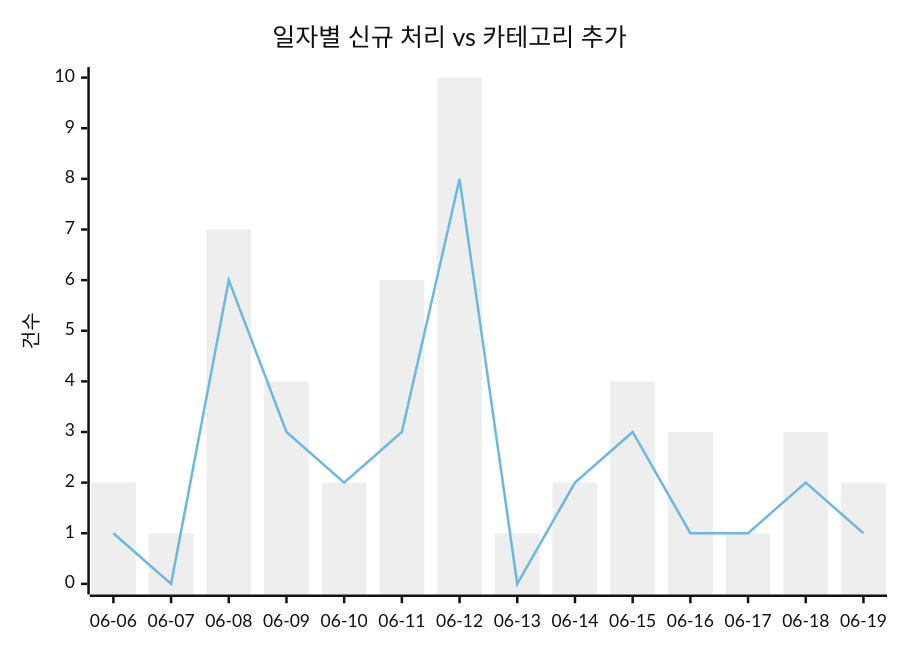
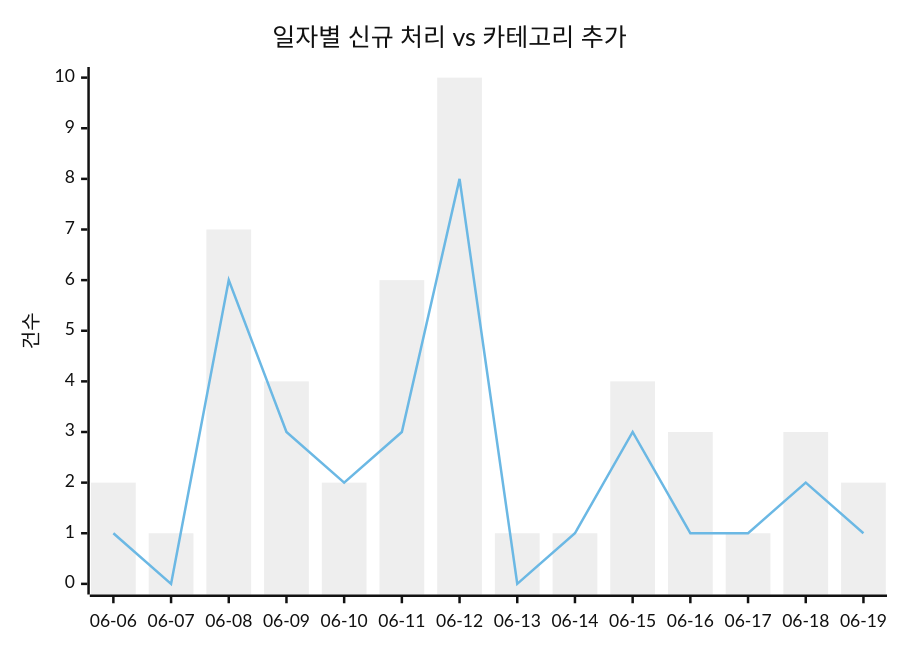
Before and after one commit to J-nowcow/awesome-korean-agent-skills: the first of 2 diagrams in docs/trends.md, drawn with Mermaid (neutral theme). The commit also changed other lines of this file and 28 other files, not shown here.

````diff
--- a/docs/trends.md
+++ b/docs/trends.md
@@ -32,8 +32,8 @@
 ```mermaid
 xychart-beta
     title "일자별 신규 처리 vs 카테고리 추가"
     x-axis ["06-06","06-07","06-08","06-09","06-10","06-11","06-12","06-13","06-14","06-15","06-16","06-17","06-18","06-19"]
     y-axis "건수"
-    bar [2,1,7,4,2,6,10,1,2,4,3,1,3,2]
-    line [1,0,6,3,2,3,8,0,2,3,1,1,2,1]
+    bar [2,1,7,4,2,6,10,1,1,4,3,1,3,2]
+    line [1,0,6,3,2,3,8,0,1,3,1,1,2,1]
 ```
````
